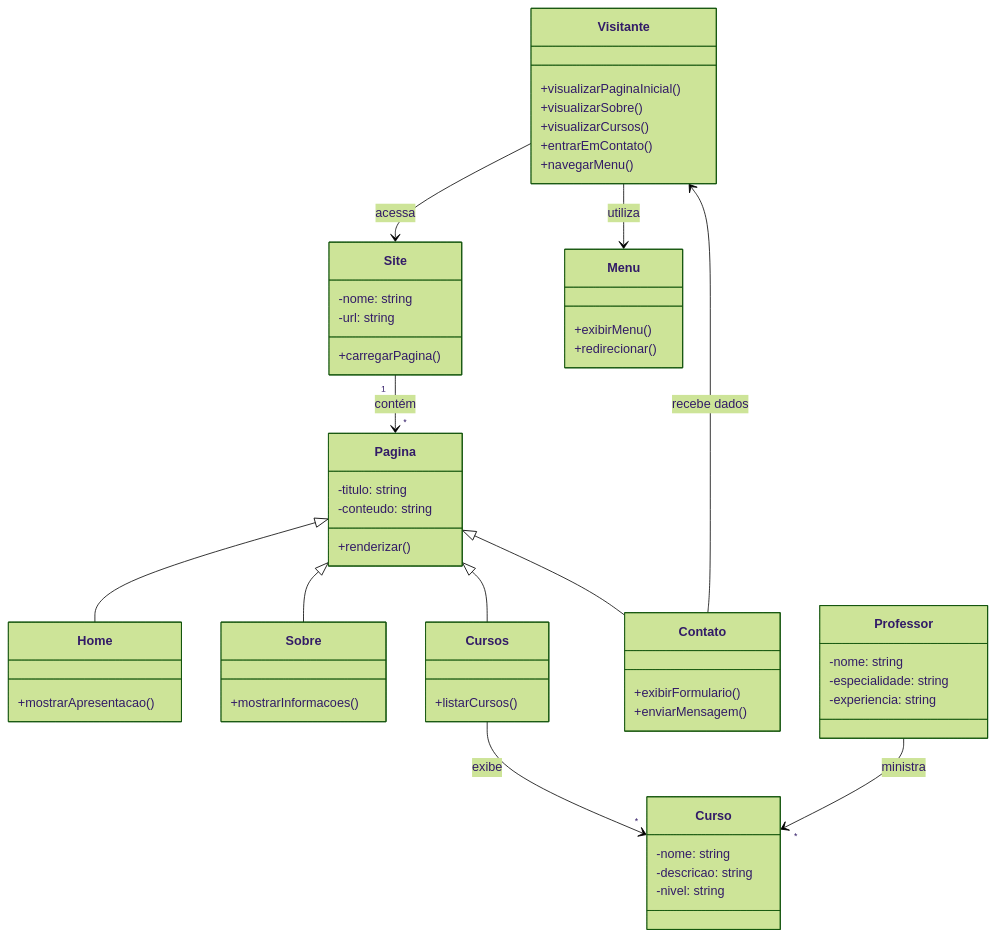
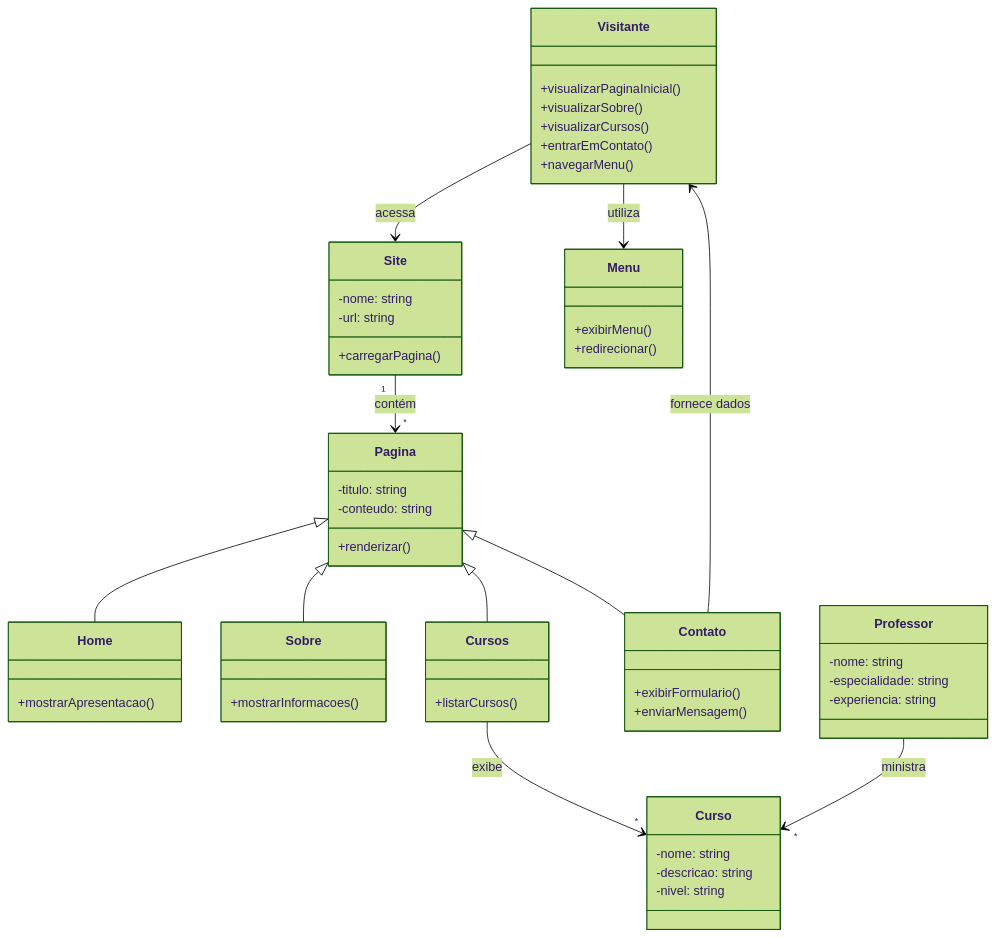
The diagram in docs/diagrama-uml.md (bhzitalo/iem-rafael-alves), drawn with Mermaid (forest theme) before and after one commit. The commit also changed other lines of this file, not shown here.

`````diff
--- a/docs/diagrama-uml.md
+++ b/docs/diagrama-uml.md
@@ -8,72 +3,72 @@
 ```mermaid
 classDiagram
 
 class Visitante {
   +visualizarPaginaInicial()
   +visualizarSobre()
   +visualizarCursos()
   +entrarEmContato()
   +navegarMenu()
 }
 
 class Site {
   -nome: string
   -url: string
   +carregarPagina()
 }
 
 class Menu {
   +exibirMenu()
   +redirecionar()
 }
 
 class Pagina {
   -titulo: string
   -conteudo: string
   +renderizar()
 }
 
 class Home {
   +mostrarApresentacao()
 }
 
 class Sobre {
   +mostrarInformacoes()
 }
 
 class Cursos {
   +listarCursos()
 }
 
 class Contato {
   +exibirFormulario()
   +enviarMensagem()
 }
 
 class Curso {
   -nome: string
   -descricao: string
   -nivel: string
 }
 
 class Professor {
   -nome: string
   -especialidade: string
   -experiencia: string
 }
 
 Visitante --> Menu : utiliza
 Visitante --> Site : acessa
 
 Site "1" --> "*" Pagina : contém
 
 Pagina <|-- Home
 Pagina <|-- Sobre
 Pagina <|-- Cursos
 Pagina <|-- Contato
 
 Cursos --> "*" Curso : exibe
 Professor --> "*" Curso : ministra
 
-Contato --> Visitante : recebe dados
-```
+Contato --> Visitante : fornece dados
+````
`````
